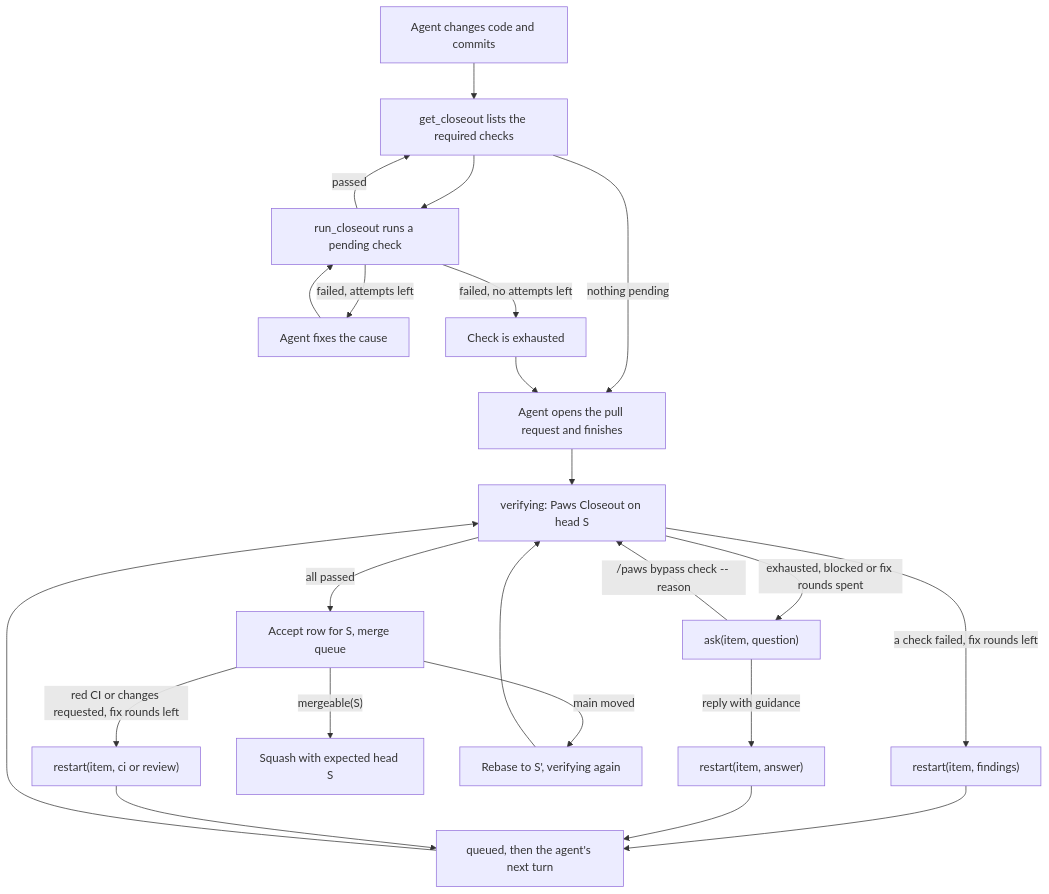
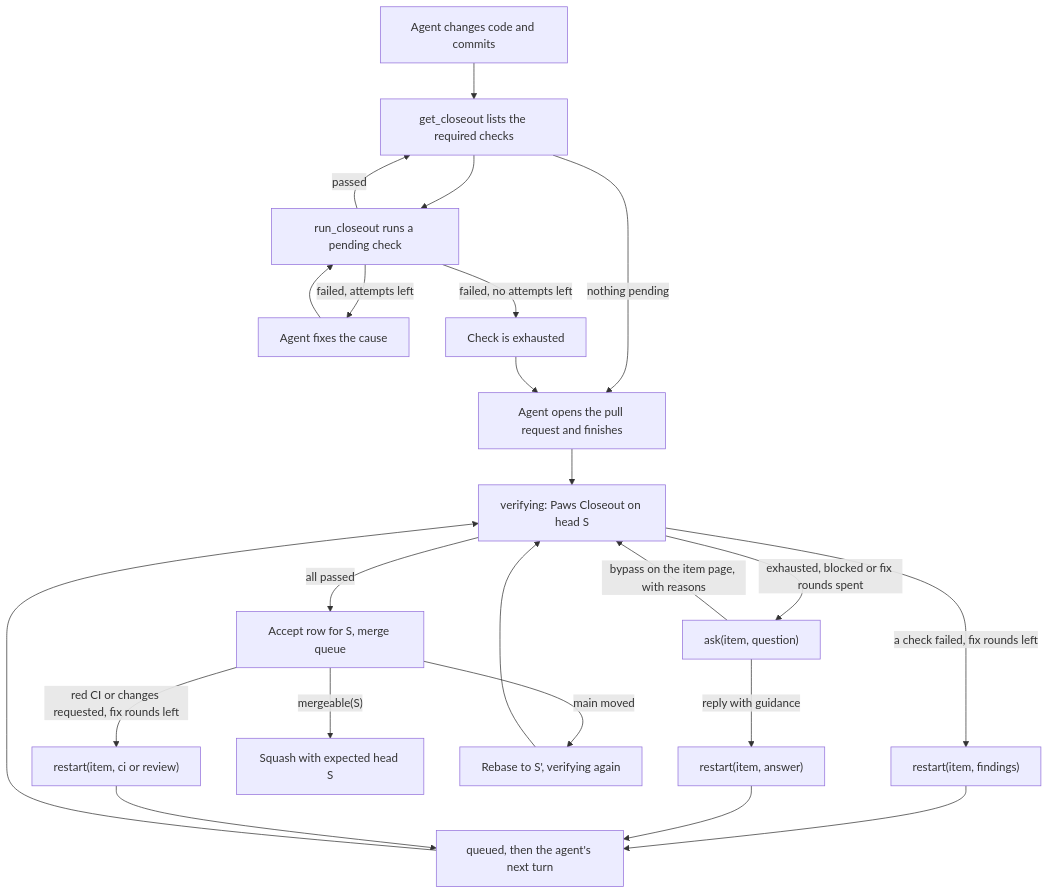
The diagram in docs/closeout.md (pmdroid/paws-app), drawn with Mermaid before and after one commit. The commit also changed other lines of this file and 11 other files, not shown here.

First line of the commit message:
PAS-774: Closeout needs your help card on the item page

````diff
--- a/docs/closeout.md
+++ b/docs/closeout.md
@@ -10,25 +10,25 @@
 ```mermaid
 flowchart TD
   A[Agent changes code and commits] --> B[get_closeout lists the required checks]
   B --> C[run_closeout runs a pending check]
   C -->|passed| B
   C -->|failed, attempts left| D[Agent fixes the cause]
   D --> C
   C -->|failed, no attempts left| E[Check is exhausted]
   B -->|nothing pending| F[Agent opens the pull request and finishes]
   E --> F
   F --> G[verifying: Paws Closeout on head S]
   G -->|all passed| H[Accept row for S, merge queue]
   G -->|a check failed, fix rounds left| I["restart(item, findings)"]
   I --> Q[queued, then the agent's next turn]
   Q --> G
   G -->|exhausted, blocked or fix rounds spent| J["ask(item, question)"]
   J -->|reply with guidance| R["restart(item, answer)"]
   R --> Q
-  J -->|/paws bypass check -- reason| G
+  J -->|bypass on the item page, with reasons| G
   H -->|"mergeable(S)"| M[Squash with expected head S]
   H -->|main moved| K[Rebase to S', verifying again]
   K --> G
   H -->|"red CI or changes requested, fix rounds left"| P["restart(item, ci or review)"]
   P --> Q
 ```
````
